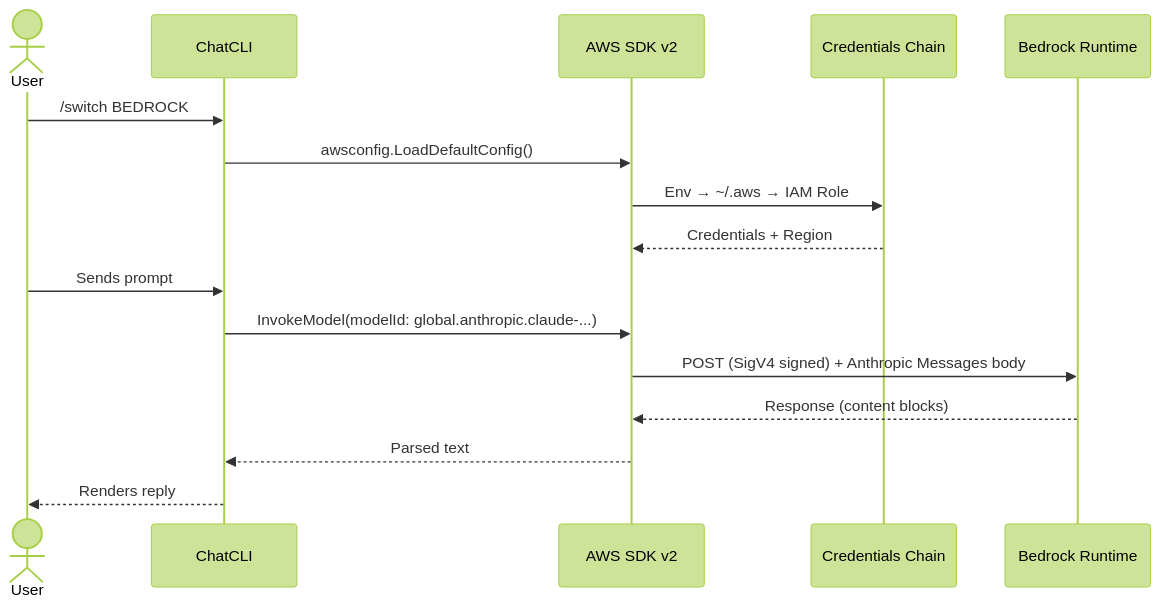
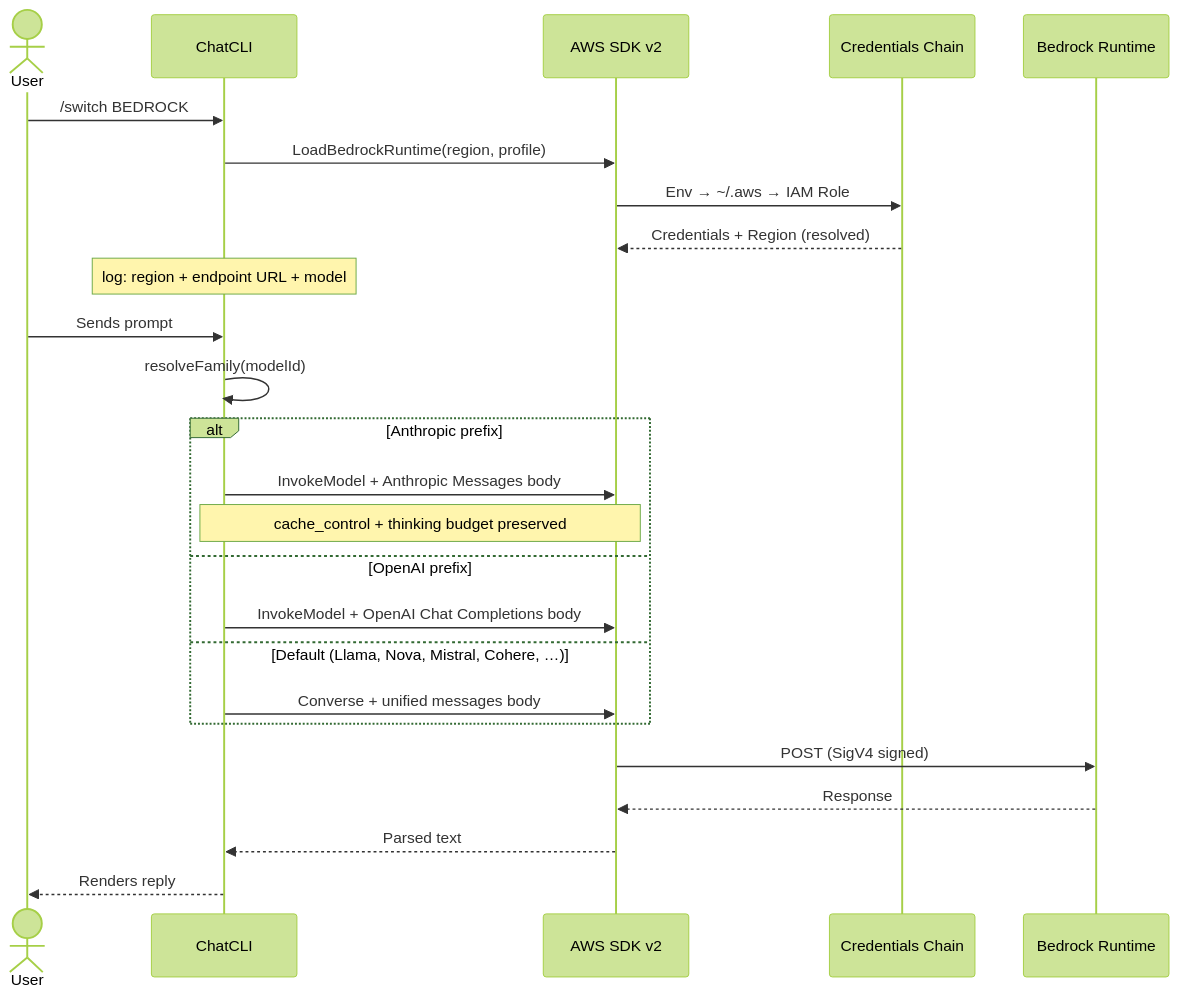
The diagram in en/features/bedrock.mdx (diillson/chatcli.ai), drawn with Mermaid (forest theme) before and after one commit. The commit also changed other lines of this file and 7 other files, not shown here.

````diff
--- a/en/features/bedrock.mdx
+++ b/en/features/bedrock.mdx
@@ -352,20 +427,29 @@
 ```mermaid
 sequenceDiagram
     actor User
     participant CLI as ChatCLI
     participant SDK as AWS SDK v2
     participant Chain as Credentials Chain
     participant Bedrock as Bedrock Runtime
 
     User->>CLI: /switch BEDROCK
-    CLI->>SDK: awsconfig.LoadDefaultConfig()
+    CLI->>SDK: LoadBedrockRuntime(region, profile)
     SDK->>Chain: Env → ~/.aws → IAM Role
-    Chain-->>SDK: Credentials + Region
+    Chain-->>SDK: Credentials + Region (resolved)
+    Note over CLI: log: region + endpoint URL + model
 
     User->>CLI: Sends prompt
-    CLI->>SDK: InvokeModel(modelId: global.anthropic.claude-...)
-    SDK->>Bedrock: POST (SigV4 signed) + Anthropic Messages body
-    Bedrock-->>SDK: Response (content blocks)
+    CLI->>CLI: resolveFamily(modelId)
+    alt Anthropic prefix
+        CLI->>SDK: InvokeModel + Anthropic Messages body
+        Note over CLI,SDK: cache_control + thinking budget preserved
+    else OpenAI prefix
+        CLI->>SDK: InvokeModel + OpenAI Chat Completions body
+    else Default (Llama, Nova, Mistral, Cohere, …)
+        CLI->>SDK: Converse + unified messages body
+    end
+    SDK->>Bedrock: POST (SigV4 signed)
+    Bedrock-->>SDK: Response
     SDK-->>CLI: Parsed text
     CLI-->>User: Renders reply
 ```
````
